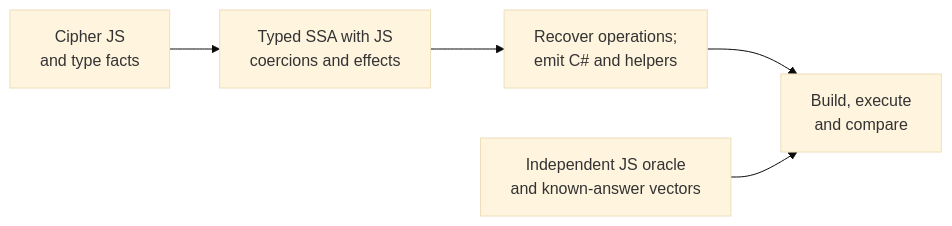
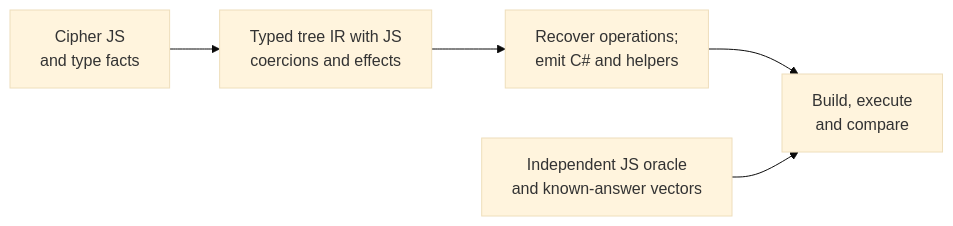
One commit to Hawkynt/Polypiler changed the first of 6 diagrams in docs/architecture/WALKTHROUGHS.md. Above: the diagram before and after it, drawn with Mermaid (base theme). The commit also changed other lines of this file and 9 other files, not shown here.

First line of the commit message:
+ docs(adr): 0009, the structured typed tree IR is the IR

````diff
--- a/docs/architecture/WALKTHROUGHS.md
+++ b/docs/architecture/WALKTHROUGHS.md
@@ -13,7 +13,7 @@
 ```mermaid
 flowchart LR
-  JS["Cipher JS<br/>and type facts"] --> IR["Typed SSA with JS<br/>coercions and effects"]
+  JS["Cipher JS<br/>and type facts"] --> IR["Typed tree IR with JS<br/>coercions and effects"]
   IR --> CS["Recover operations;<br/>emit C# and helpers"]
   CS --> Verify["Build, execute<br/>and compare"]
   Oracle["Independent JS oracle<br/>and known-answer vectors"] --> Verify
 ```
````
